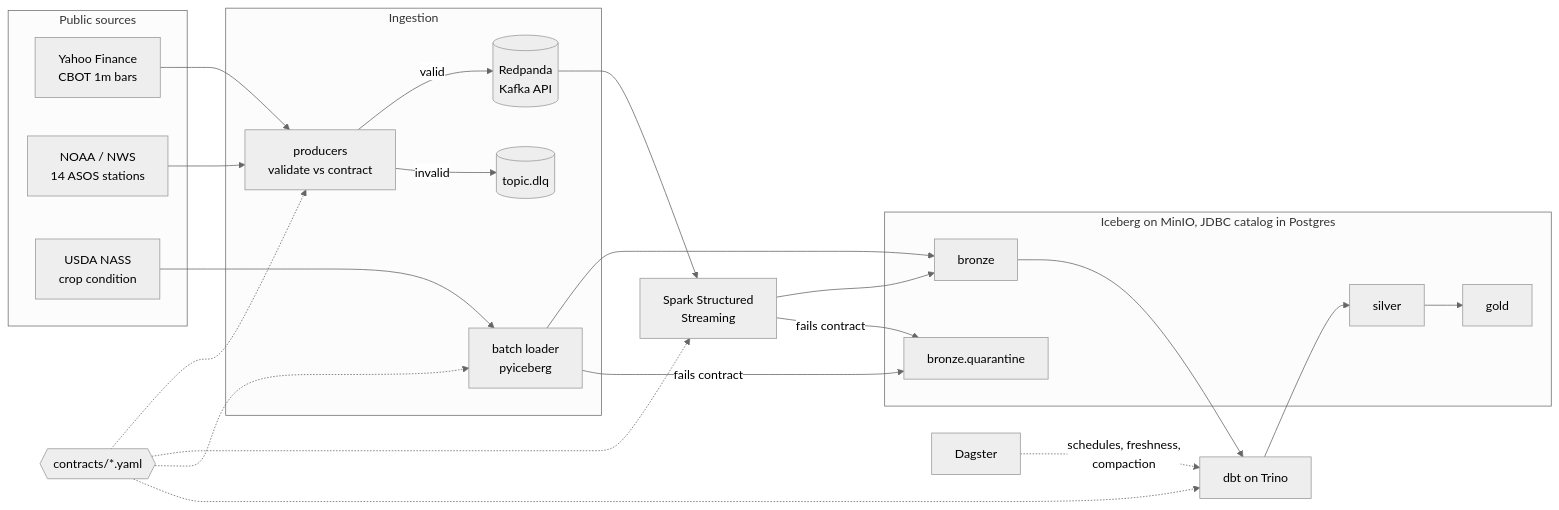
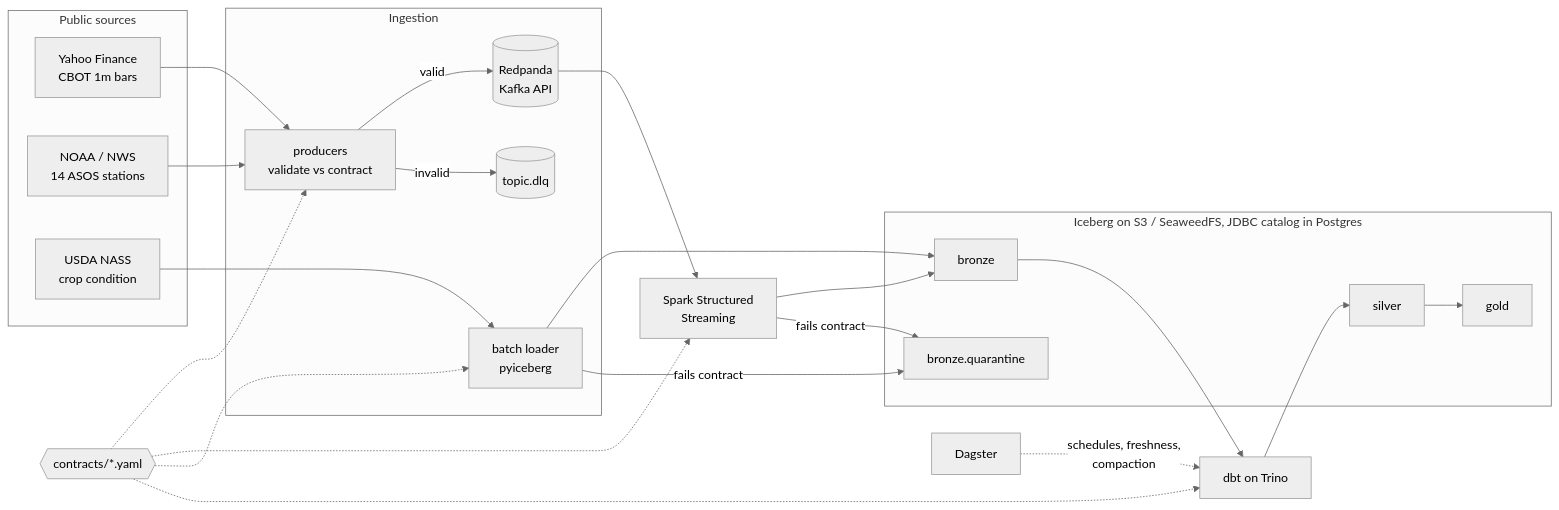
Before and after one commit to Myselfgitcone/grainflow: the diagram in README.md, drawn with Mermaid (neutral theme). The commit also changed other lines of this file and 4 other files, not shown here.

First line of the commit message:
Replace MinIO with SeaweedFS for local S3 storage (#2)

````diff
--- a/README.md
+++ b/README.md
@@ -12,40 +12,40 @@
 ```mermaid
 flowchart LR
     subgraph sources[Public sources]
         Y[Yahoo Finance<br/>CBOT 1m bars]
         N[NOAA / NWS<br/>14 ASOS stations]
         U[USDA NASS<br/>crop condition]
     end
 
     subgraph ingest[Ingestion]
         P[producers<br/>validate vs contract]
         DLQ[(topic.dlq)]
         K[(Redpanda<br/>Kafka API)]
         B[batch loader<br/>pyiceberg]
     end
 
-    subgraph lake[Iceberg on MinIO, JDBC catalog in Postgres]
+    subgraph lake[Iceberg on S3 / SeaweedFS, JDBC catalog in Postgres]
         BR[bronze]
         Q[bronze.quarantine]
         SI[silver]
         GO[gold]
     end
 
     C{{contracts/*.yaml}}
 
     Y --> P
     N --> P
     P -- valid --> K
     P -- invalid --> DLQ
     K --> S[Spark Structured<br/>Streaming] --> BR
     S -- fails contract --> Q
     U --> B --> BR
     B -- fails contract --> Q
     BR --> D[dbt on Trino] --> SI --> GO
     DG[Dagster] -. schedules, freshness,<br/>compaction .-> D
 
     C -.-> P
     C -.-> S
     C -.-> B
     C -.-> D
 ```
````
